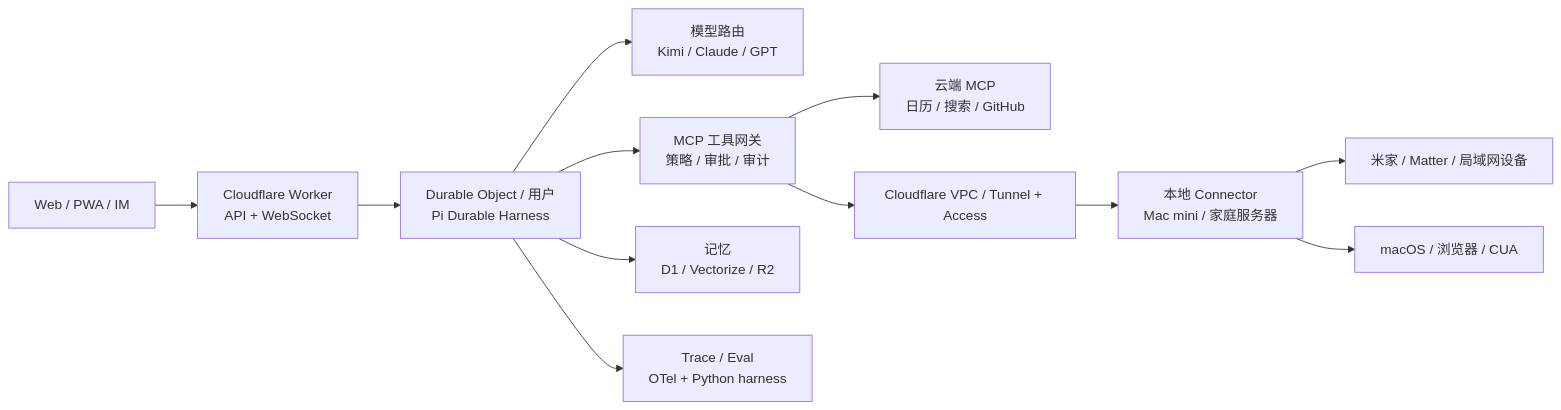
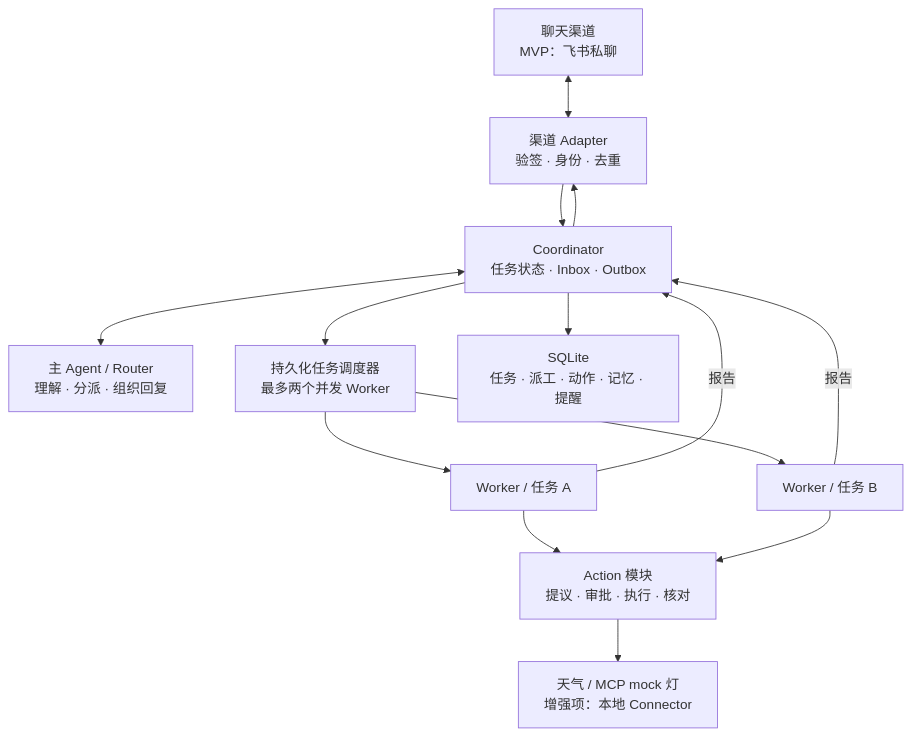
The diagram in README.md (yuanbaoerer/personal-agent), drawn with Mermaid before and after one commit. The commit also changed other lines of this file and 7 other files, not shown here.

First line of the commit message:
docs: refocus MVP on chat-first router/worker design

````diff
--- a/README.md
+++ b/README.md
@@ -22,14 +17,16 @@
 ```mermaid
-flowchart LR
-  U["Web / PWA / IM"] --> W["Cloudflare Worker<br/>API + WebSocket"]
-  W --> DO["Durable Object / 用户<br/>Pi Durable Harness"]
-  DO --> GW["模型路由<br/>Kimi / Claude / GPT"]
-  DO --> MCP["MCP 工具网关<br/>策略 / 审批 / 审计"]
-  MCP --> SAAS["云端 MCP<br/>日历 / 搜索 / GitHub"]
-  MCP --> TUN["Cloudflare VPC / Tunnel + Access"]
-  TUN --> CONN["本地 Connector<br/>Mac mini / 家庭服务器"]
-  CONN --> HOME["米家 / Matter / 局域网设备"]
-  CONN --> MAC["macOS / 浏览器 / CUA"]
-  DO --> MEM["记忆<br/>D1 / Vectorize / R2"]
-  DO --> OBS["Trace / Eval<br/>OTel + Python harness"]
+flowchart TB
+  IM["聊天渠道<br/>MVP：飞书私聊"] <--> CH["渠道 Adapter<br/>验签 · 身份 · 去重"]
+  CH --> C["Coordinator<br/>任务状态 · Inbox · Outbox"]
+  C <--> R["主 Agent / Router<br/>理解 · 分派 · 组织回复"]
+  C --> S["持久化任务调度器<br/>最多两个并发 Worker"]
+  S --> W1["Worker / 任务 A"]
+  S --> W2["Worker / 任务 B"]
+  W1 -->|报告| C
+  W2 -->|报告| C
+  W1 --> A["Action 模块<br/>提议 · 审批 · 执行 · 核对"]
+  W2 --> A
+  A --> T["天气 / MCP mock 灯<br/>增强项：本地 Connector"]
+  C --> DB["SQLite<br/>任务 · 派工 · 动作 · 记忆 · 提醒"]
+  C --> CH
 ```
````
